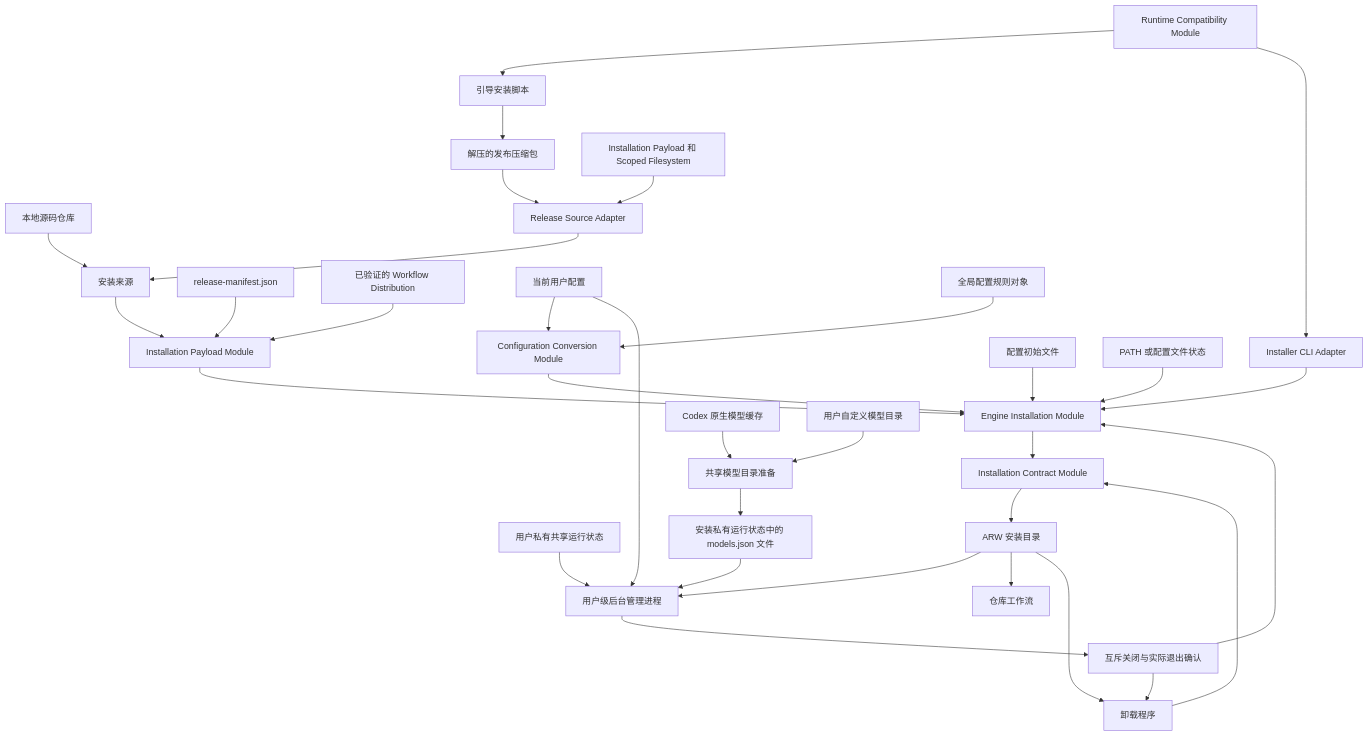
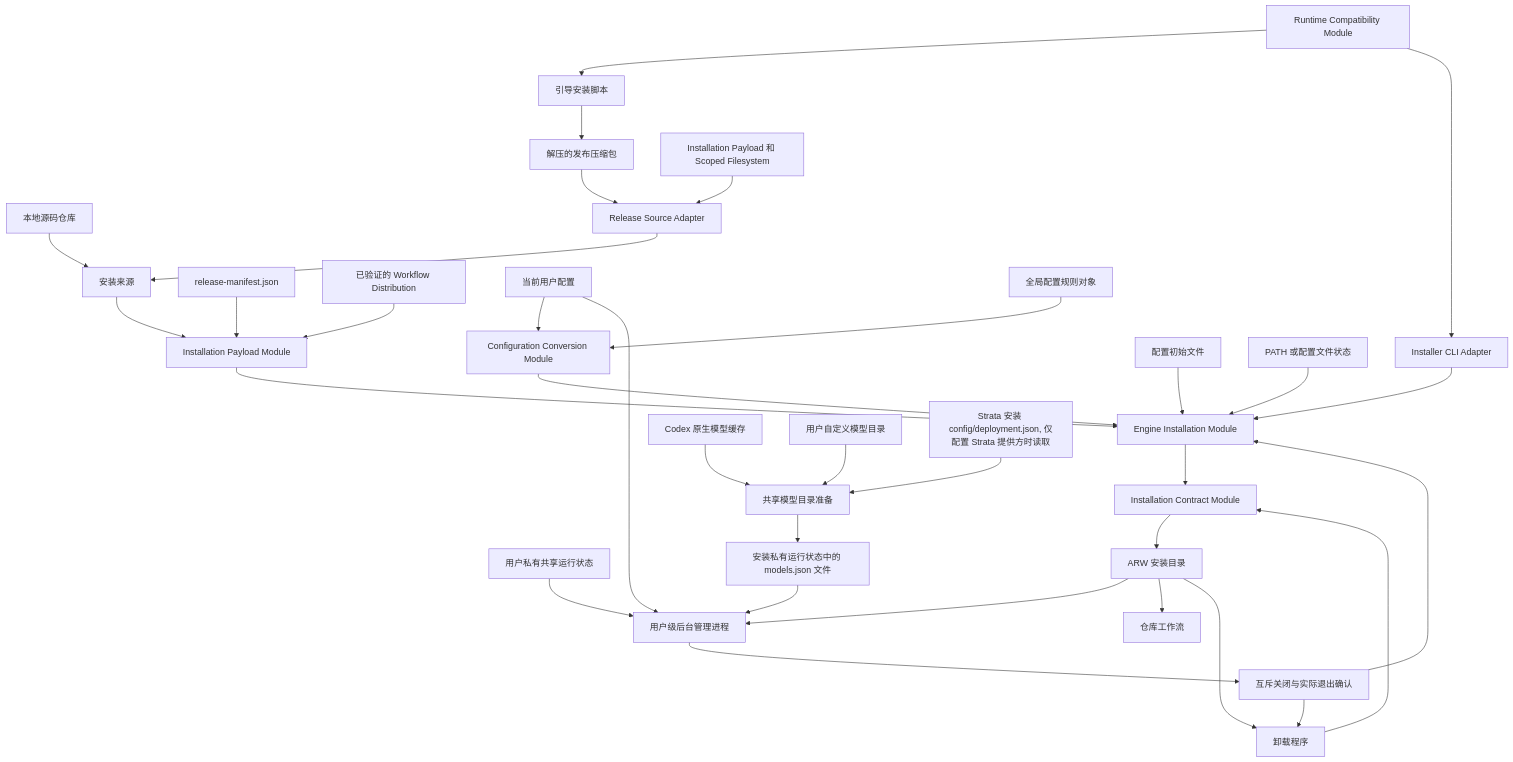
The diagram in docs/specs/agent-repository-workflow-installation/spec.md (pellorao/agent-repository-workflow), drawn with Mermaid before and after one commit. The commit also changed other lines of this file and 16 other files, not shown here.

````diff
--- a/docs/specs/agent-repository-workflow-installation/spec.md
+++ b/docs/specs/agent-repository-workflow-installation/spec.md
@@ -430,35 +431,36 @@
 ```mermaid
 flowchart TD
   Bootstrap[引导安装脚本] --> Checkout[解压的发布压缩包]
   Runtime[Runtime Compatibility Module] --> Bootstrap
   Runtime --> Installer[Installer CLI Adapter]
   Installer --> Install
   Local[本地源码仓库] --> Source[安装来源]
   Checkout --> ReleaseSource[Release Source Adapter]
   ReleaseSource --> Source
   ReleaseDependencies[Installation Payload 和 Scoped Filesystem] --> ReleaseSource
   Manifest[release-manifest.json] --> Payload[Installation Payload Module]
   Distribution[已验证的 Workflow Distribution] --> Payload
   Source --> Payload
   Payload --> Install[Engine Installation Module]
   CurrentConfig[当前用户配置] --> Conversion[Configuration Conversion Module]
   CurrentConfig --> BackgroundManager[用户级后台管理进程]
   SharedState[用户私有共享运行状态] --> BackgroundManager
   Installed --> BackgroundManager
   NativeCatalog[Codex 原生模型缓存] --> SharedCatalog[共享模型目录准备]
   CustomCatalog[用户自定义模型目录] --> SharedCatalog
+  StrataFacts[Strata 安装 config/deployment.json, 仅配置 Strata 提供方时读取] --> SharedCatalog
   SharedCatalog --> GeneratedCatalog[安装私有运行状态中的 models.json 文件]
   GeneratedCatalog --> BackgroundManager
   BackgroundManager --> Quiet[互斥关闭与实际退出确认]
   Quiet --> Install
   Quiet --> Uninstall
   ConfigRules[全局配置规则对象] --> Conversion
   Conversion --> Install
   ConfigSeed[配置初始文件] --> Install
   PathState[PATH 或配置文件状态] --> Install
   Install --> Contract[Installation Contract Module]
   Contract --> Installed[ARW 安装目录]
   Installed --> RepositoryWorkflow[仓库工作流]
   Installed --> Uninstall[卸载程序]
   Uninstall --> Contract
 ```
````
